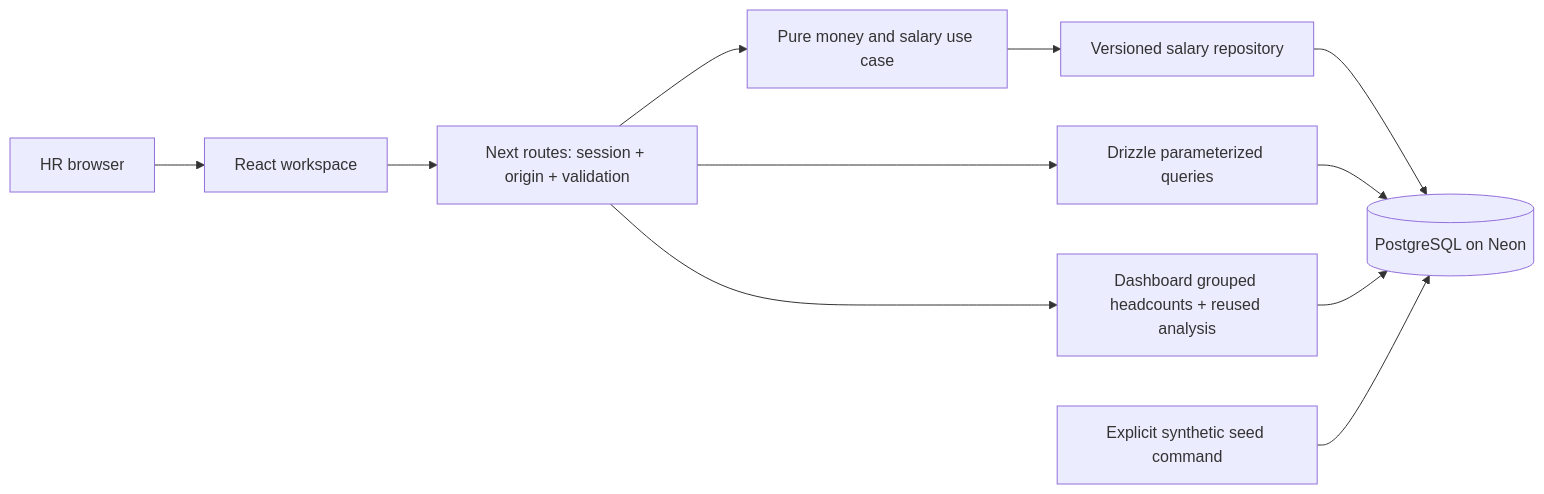
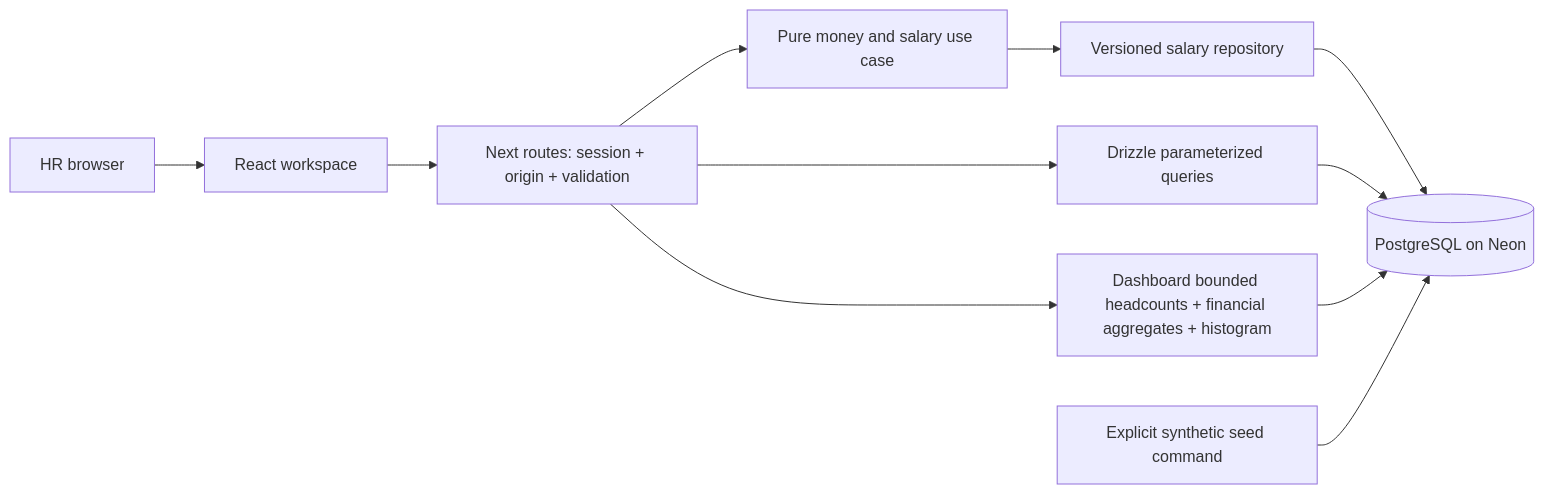
One commit to Ayuxh-Pratap/incubyte-salary-desk changed the diagram in docs/ENGINEERING.md. Above: the diagram before and after it, drawn with Mermaid. The commit also changed other lines of this file and 23 other files, not shown here.

````diff
--- a/docs/ENGINEERING.md
+++ b/docs/ENGINEERING.md
@@ -19,13 +19,13 @@
 ```mermaid
 flowchart LR
  HR[HR browser] --> UI[React workspace]
  UI --> API[Next routes: session + origin + validation]
  API --> Domain[Pure money and salary use case]
  API --> Queries[Drizzle parameterized queries]
  Domain --> Adapter[Versioned salary repository]
  Adapter --> DB[(PostgreSQL on Neon)]
  Queries --> DB
- API --> Dashboard[Dashboard grouped headcounts + reused analysis]
+ API --> Dashboard[Dashboard bounded headcounts + financial aggregates + histogram]
  Dashboard --> DB
  Seed[Explicit synthetic seed command] --> DB
 ```
````
